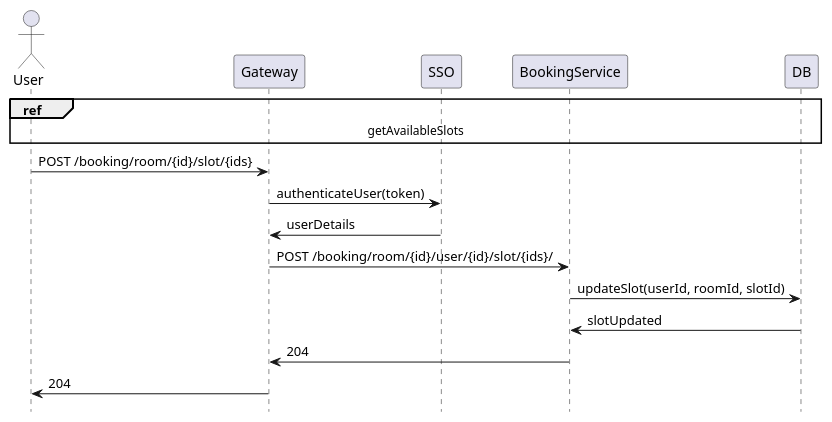
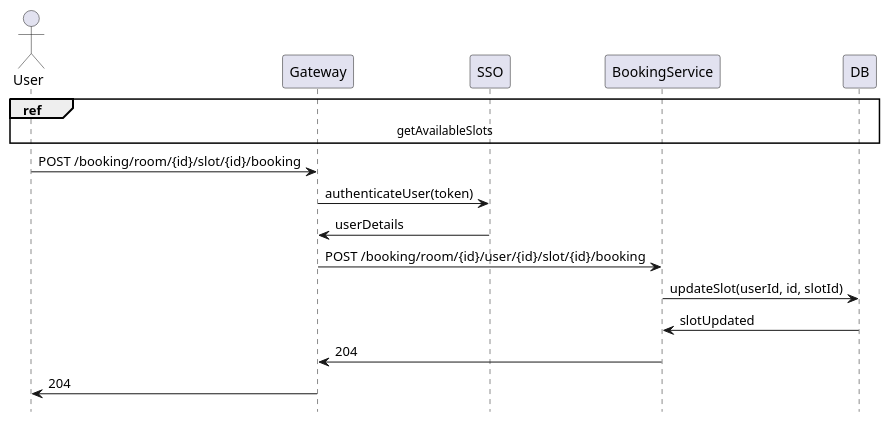
One commit to juanma-cvega/booking-engine changed the diagram in docs/addBooking.puml. Above: the diagram before and after it, drawn with PlantUML. The commit also changed 122 other files, not shown here.

Commit message:
Add room management. Add slot creation management from room configuration. Remove unused slot management. Add event notifications for room and slot creation. Some refactor.

```diff
--- a/docs/addBooking.puml
+++ b/docs/addBooking.puml
@@ -1,18 +1,18 @@
 @startuml
 hide footbox
 
 actor User
 ref over User, Gateway, SSO, BookingService, DB
  getAvailableSlots
 end ref
 
-User -> Gateway: POST /booking/room/{id}/slot/{ids}
+User -> Gateway: POST /booking/room/{id}/slot/{id}/booking
 Gateway -> SSO: authenticateUser(token)
 SSO -> Gateway: userDetails
-Gateway -> BookingService: POST /booking/room/{id}/user/{id}/slot/{ids}/
-BookingService -> DB: updateSlot(userId, roomId, slotId)
+Gateway -> BookingService: POST /booking/room/{id}/user/{id}/slot/{id}/booking
+BookingService -> DB: updateSlot(userId, id, slotId)
 DB -> BookingService: slotUpdated
 BookingService -> Gateway: 204
 Gateway -> User: 204
 
 @enduml
```
